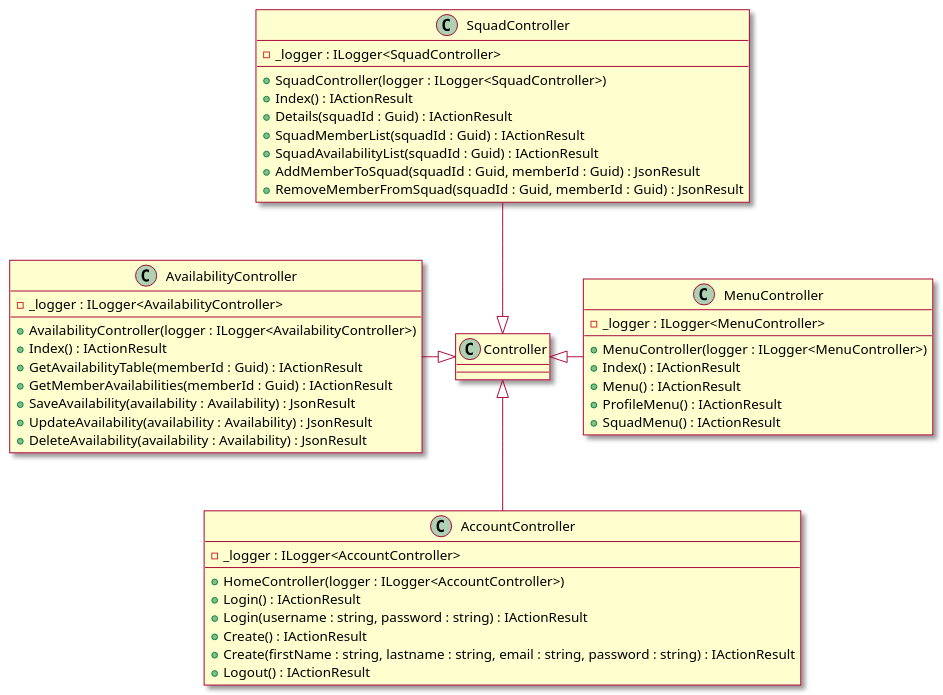
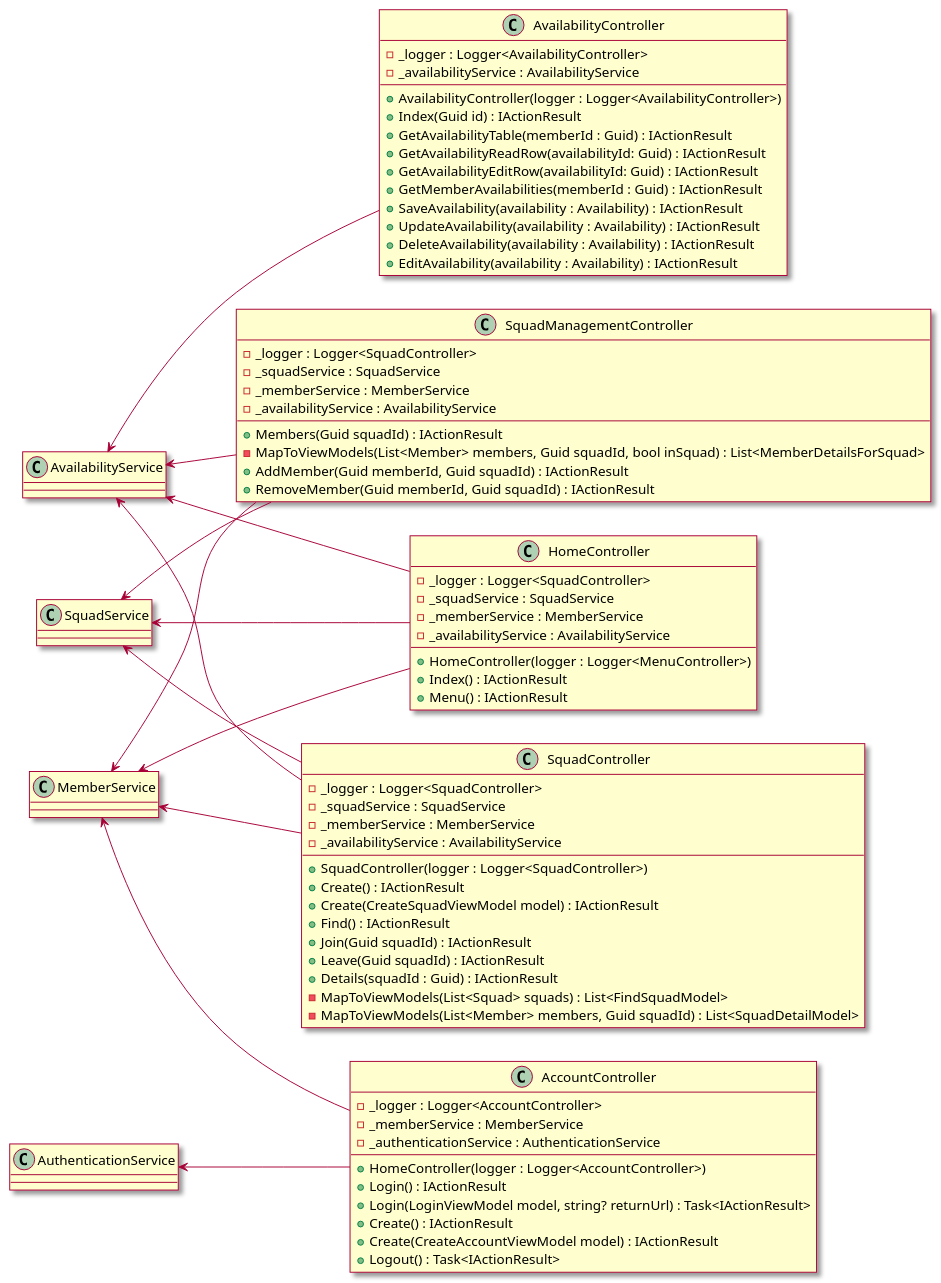
The diagram in plantuml/WebDiagrams/WebMap.plantuml (dhilbmann/ScheduSquad), drawn with PlantUML before and after one commit. The commit also changed 4 other files, not shown here.

Commit message:
Updates diagrams for final paper

```diff
--- a/plantuml/WebDiagrams/WebMap.plantuml
+++ b/plantuml/WebDiagrams/WebMap.plantuml
@@ -1,51 +1,90 @@
 @startuml RepositoryClassDiagram
+
+left to right direction
 
 skin rose
 
+class SquadService {}
+class AvailabilityService {}
+class MemberService {}
+class AuthenticationService {}
+
+
 class SquadController {
-    -_logger : ILogger<SquadController>
-    +SquadController(logger : ILogger<SquadController>)
-    +Index() : IActionResult
+    -_logger : Logger<SquadController>
+    -_squadService : SquadService
+    -_memberService : MemberService
+    -_availabilityService : AvailabilityService
+    +SquadController(logger : Logger<SquadController>)
+    +Create() : IActionResult
+    +Create(CreateSquadViewModel model) : IActionResult
+    +Find() : IActionResult
+    +Join(Guid squadId) : IActionResult
+    +Leave(Guid squadId) : IActionResult
     +Details(squadId : Guid) : IActionResult
-    +SquadMemberList(squadId : Guid) : IActionResult
-    +SquadAvailabilityList(squadId : Guid) : IActionResult
-    +AddMemberToSquad(squadId : Guid, memberId : Guid) : JsonResult
-    +RemoveMemberFromSquad(squadId : Guid, memberId : Guid) : JsonResult
+    -MapToViewModels(List<Squad> squads) : List<FindSquadModel>
+    -MapToViewModels(List<Member> members, Guid squadId) : List<SquadDetailModel>
+}
+
+class SquadManagementController {
+    -_logger : Logger<SquadController>
+    -_squadService : SquadService
+    -_memberService : MemberService
+    -_availabilityService : AvailabilityService
+    +Members(Guid squadId) : IActionResult
+    -MapToViewModels(List<Member> members, Guid squadId, bool inSquad) : List<MemberDetailsForSquad>
+    +AddMember(Guid memberId, Guid squadId) : IActionResult
+    +RemoveMember(Guid memberId, Guid squadId) : IActionResult
 }
 
 class AccountController {
-    -_logger : ILogger<AccountController>
-    +HomeController(logger : ILogger<AccountController>)
+    -_logger : Logger<AccountController>
+    -_memberService : MemberService
+    -_authenticationService : AuthenticationService
+    +HomeController(logger : Logger<AccountController>)
     +Login() : IActionResult
-    +Login(username : string, password : string) : IActionResult
+    +Login(LoginViewModel model, string? returnUrl) : Task<IActionResult>
     +Create() : IActionResult
-    +Create(firstName : string, lastname : string, email : string, password : string) : IActionResult
-    +Logout() : IActionResult
+    +Create(CreateAccountViewModel model) : IActionResult
+    +Logout() : Task<IActionResult>
 }
 
 class AvailabilityController {
-    -_logger : ILogger<AvailabilityController>
-    +AvailabilityController(logger : ILogger<AvailabilityController>)
-    +Index() : IActionResult
+    -_logger : Logger<AvailabilityController>
+    -_availabilityService : AvailabilityService
+    +AvailabilityController(logger : Logger<AvailabilityController>)
+    +Index(Guid id) : IActionResult
     +GetAvailabilityTable(memberId : Guid) : IActionResult
+    +GetAvailabilityReadRow(availabilityId: Guid) : IActionResult
+    +GetAvailabilityEditRow(availabilityId: Guid) : IActionResult
     +GetMemberAvailabilities(memberId : Guid) : IActionResult
-    +SaveAvailability(availability : Availability) : JsonResult
-    +UpdateAvailability(availability : Availability) : JsonResult
-    +DeleteAvailability(availability : Availability) : JsonResult
+    +SaveAvailability(availability : Availability) : IActionResult
+    +UpdateAvailability(availability : Availability) : IActionResult
+    +DeleteAvailability(availability : Availability) : IActionResult
+    +EditAvailability(availability : Availability) : IActionResult
 }
 
-class MenuController {
-    -_logger : ILogger<MenuController>
-    +MenuController(logger : ILogger<MenuController>)
+class HomeController {
+    -_logger : Logger<SquadController>
+    -_squadService : SquadService
+    -_memberService : MemberService
+    -_availabilityService : AvailabilityService
+    +HomeController(logger : Logger<MenuController>)
     +Index() : IActionResult
     +Menu() : IActionResult
-    +ProfileMenu() : IActionResult
-    +SquadMenu() : IActionResult
 }
 
-Controller <|-up- SquadController
-Controller <|-down- AccountController
-Controller <|-left- AvailabilityController
-Controller <|-right- MenuController
+SquadService <-- SquadController
+MemberService <-- SquadController
+AvailabilityService <-- SquadController
+SquadService <-- SquadManagementController
+MemberService <-- SquadManagementController
+AvailabilityService <-- SquadManagementController
+MemberService <-- AccountController
+AuthenticationService <-- AccountController
+AvailabilityService <-- AvailabilityController
+SquadService <-- HomeController
+MemberService <-- HomeController
+AvailabilityService <-- HomeController
 
 @enduml
```
